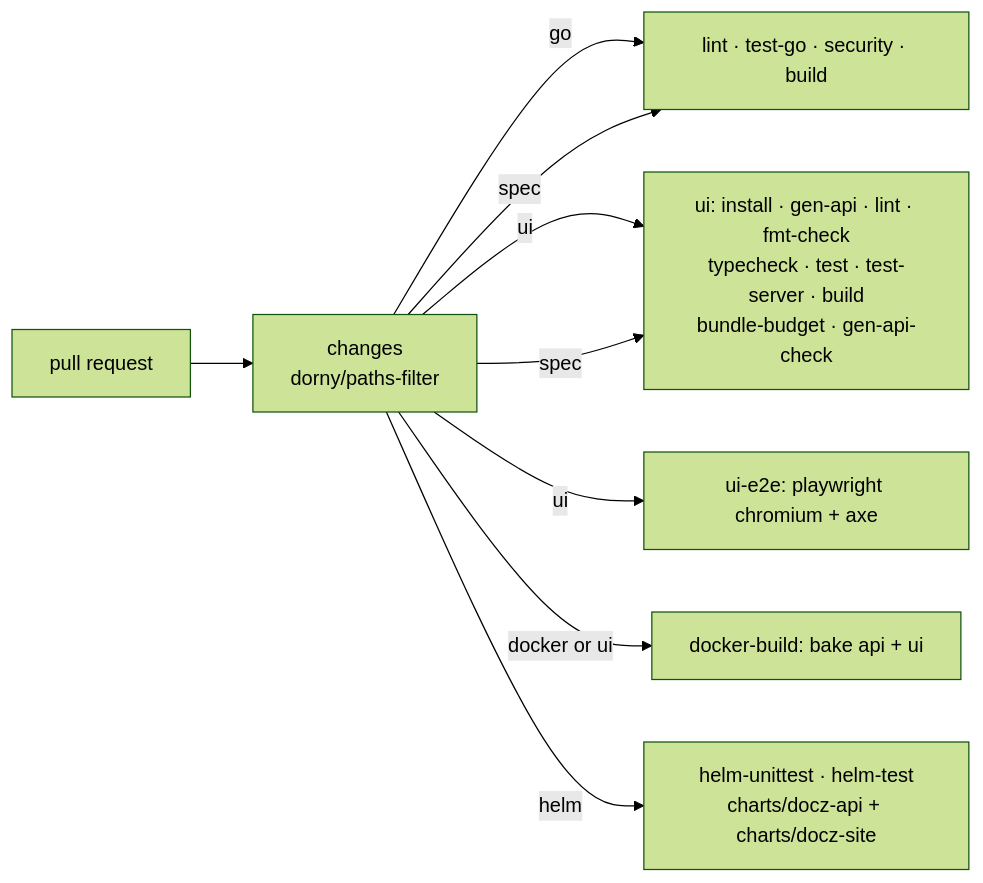
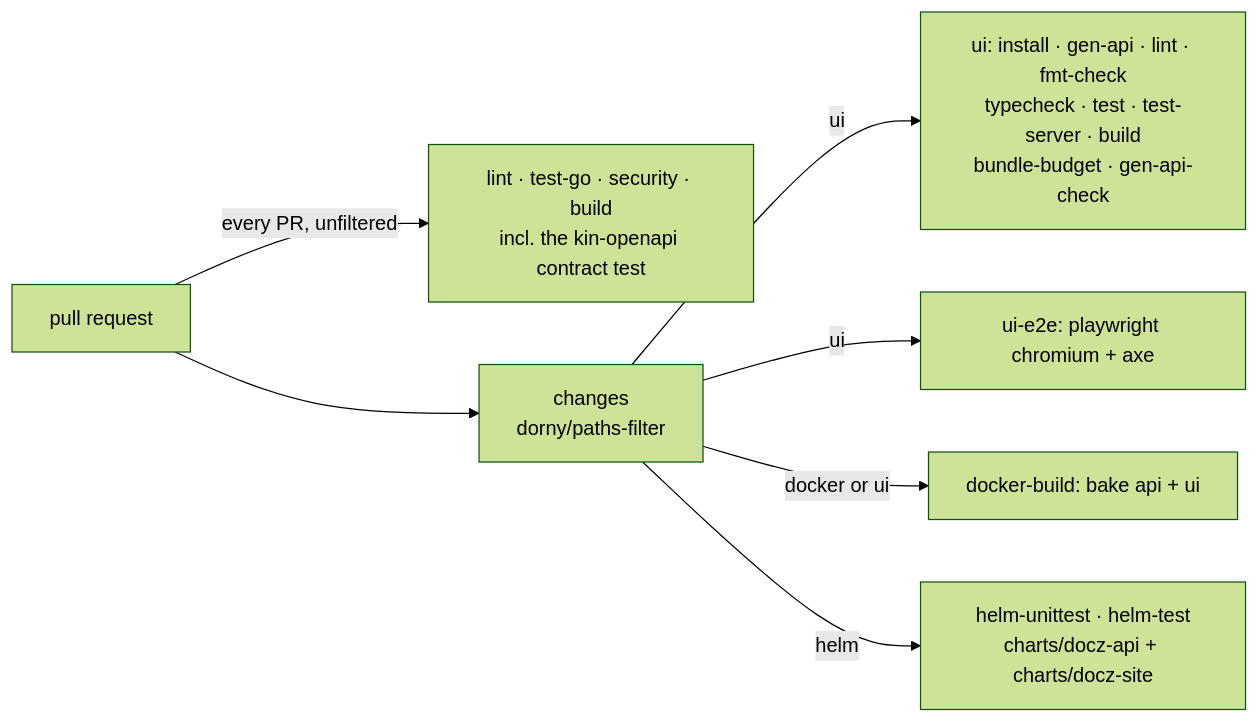
The third of 4 diagrams in docs/design/0017-move-docz-site-in-ui-chartsdocz-site-and-orval-on-the-one-spec.md (donaldgifford/docz), drawn with Mermaid (forest theme) before and after one commit. The commit also changed other lines of this file, not shown here.

First line of the commit message:
docs(design): DESIGN-0017 §7 — Go jobs are unfiltered, drop the spec output

````diff
--- a/docs/design/0017-move-docz-site-in-ui-chartsdocz-site-and-orval-on-the-one-spec.md
+++ b/docs/design/0017-move-docz-site-in-ui-chartsdocz-site-and-orval-on-the-one-spec.md
@@ -449,11 +447,9 @@
 ```mermaid
 flowchart LR
-  PR["pull request"] --> CH["changes<br/>dorny/paths-filter"]
-  CH -->|"go"| GO["lint · test-go · security · build"]
+  PR["pull request"] -->|"every PR, unfiltered"| GO["lint · test-go · security · build<br/>incl. the kin-openapi contract test"]
+  PR --> CH["changes<br/>dorny/paths-filter"]
   CH -->|"ui"| UI["ui: install · gen-api · lint · fmt-check<br/>typecheck · test · test-server · build<br/>bundle-budget · gen-api-check"]
   CH -->|"ui"| E2E["ui-e2e: playwright chromium + axe"]
   CH -->|"docker or ui"| DB["docker-build: bake api + ui"]
   CH -->|"helm"| H["helm-unittest · helm-test<br/>charts/docz-api + charts/docz-site"]
-  CH -->|"spec"| GO
-  CH -->|"spec"| UI
 ```
````
